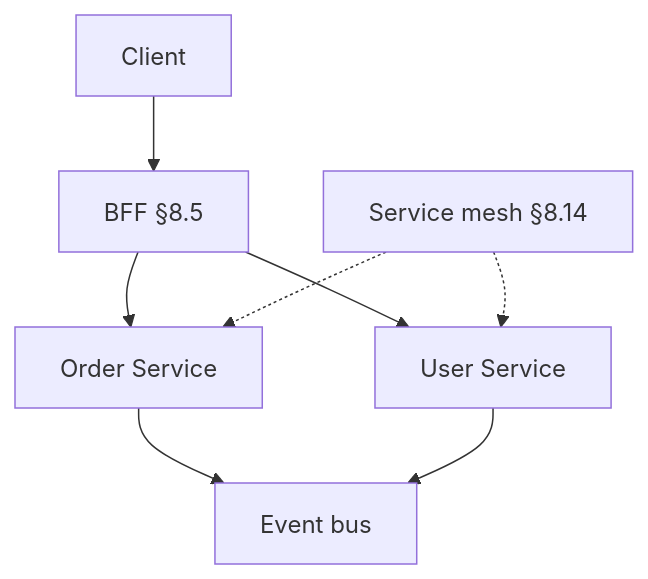
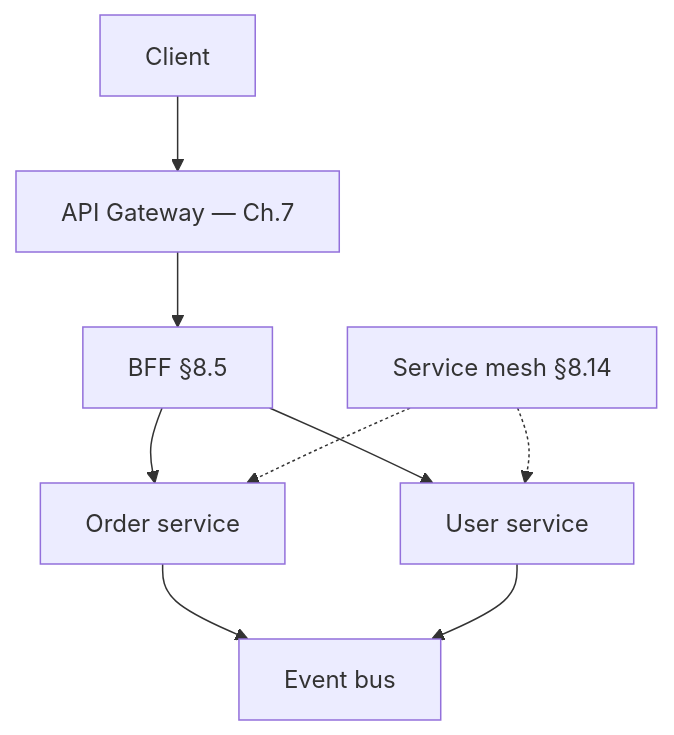
One commit to hareramcse/SystemDesign changed the third of 28 diagrams in 08-microservices/README.md. Above: the diagram before and after it, drawn with Mermaid. The commit also changed other lines of this file, not shown here.

````diff
--- a/08-microservices/README.md
+++ b/08-microservices/README.md
@@ -51,10 +108,11 @@
 ```mermaid
 flowchart TB
-    Client --> BFF[BFF §8.5]
-    BFF --> S1[Order Service]
-    BFF --> S2[User Service]
+    Client --> GW[API Gateway — Ch.7]
+    GW --> BFF[BFF §8.5]
+    BFF --> S1[Order service]
+    BFF --> S2[User service]
     S1 --> Bus[Event bus]
     S2 --> Bus
     Mesh[Service mesh §8.14] -.-> S1
     Mesh -.-> S2
 ```
````
